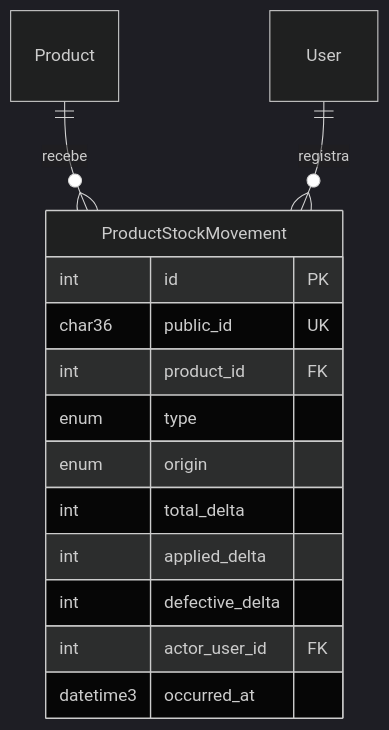
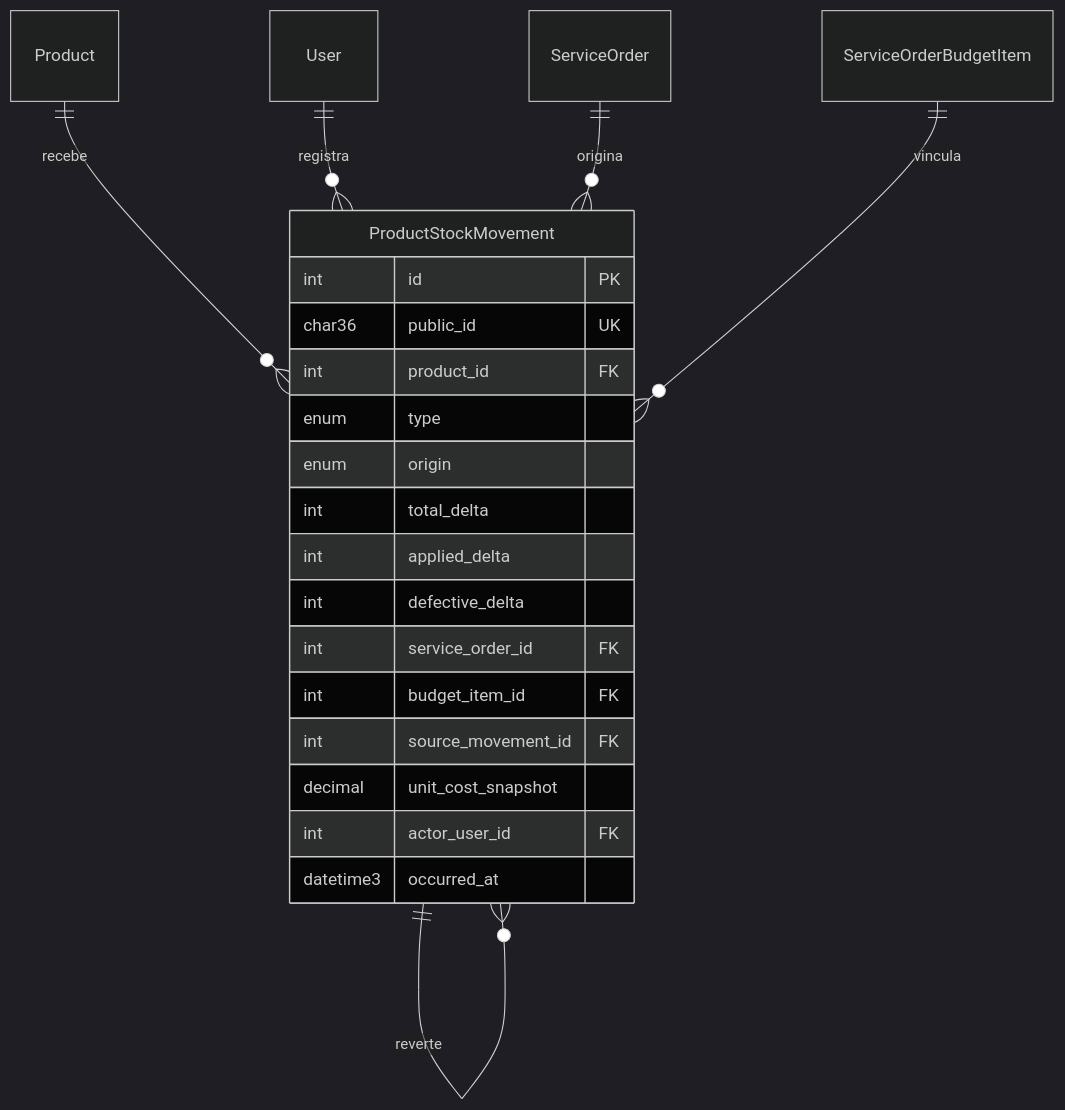
One commit to Noteduke/SistemaGestorOS changed the eighth of 8 diagrams in docs/modelagem/Diagrama-Entidades.md. Above: the diagram before and after it, drawn with Mermaid (dark theme). The commit also changed other lines of this file and 32 other files, not shown here.

Commit message:
feat(stock): apply and reverse parts in service orders

````diff
--- a/docs/modelagem/Diagrama-Entidades.md
+++ b/docs/modelagem/Diagrama-Entidades.md
@@ -400,17 +400,24 @@
 ```mermaid
 erDiagram
     Product ||--o{ ProductStockMovement : recebe
     User ||--o{ ProductStockMovement : registra
+    ServiceOrder ||--o{ ProductStockMovement : origina
+    ServiceOrderBudgetItem ||--o{ ProductStockMovement : vincula
+    ProductStockMovement ||--o{ ProductStockMovement : reverte
     ProductStockMovement {
         int id PK
         char36 public_id UK
         int product_id FK
         enum type
         enum origin
         int total_delta
         int applied_delta
         int defective_delta
+        int service_order_id FK
+        int budget_item_id FK
+        int source_movement_id FK
+        decimal unit_cost_snapshot
         int actor_user_id FK
         datetime3 occurred_at
     }
 ```
````
